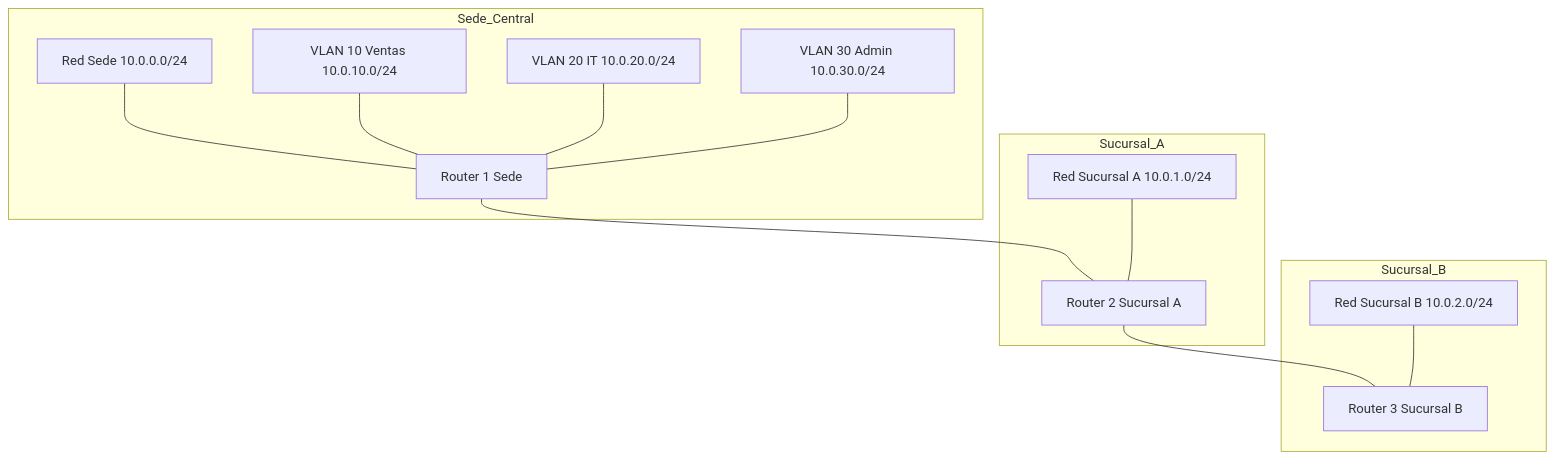
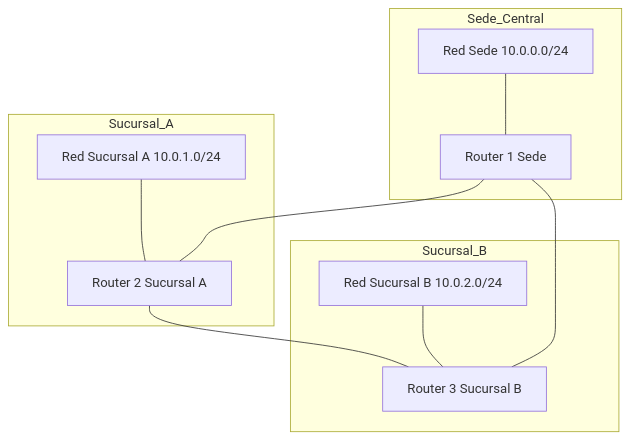
The diagram in docs/labs/lab-06/index.md (asideloko/Networking-Lab), drawn with Mermaid before and after one commit. The commit also changed other lines of this file and 13 other files, not shown here.

````diff
--- a/docs/labs/lab-06/index.md
+++ b/docs/labs/lab-06/index.md
@@ -35,26 +37,21 @@
 ```mermaid
 graph TB
     subgraph Sede_Central
         R1[Router 1 Sede]
         LAN1[Red Sede 10.0.0.0/24]
-        VLAN10[VLAN 10 Ventas 10.0.10.0/24]
-        VLAN20[VLAN 20 IT 10.0.20.0/24]
-        VLAN30[VLAN 30 Admin 10.0.30.0/24]
     end
     subgraph Sucursal_A
         R2[Router 2 Sucursal A]
         LAN2[Red Sucursal A 10.0.1.0/24]
     end
     subgraph Sucursal_B
         R3[Router 3 Sucursal B]
         LAN3[Red Sucursal B 10.0.2.0/24]
     end
     R1 --- R2
     R2 --- R3
     LAN1 --- R1
-    VLAN10 --- R1
-    VLAN20 --- R1
-    VLAN30 --- R1
+    R1 --- R3
     LAN2 --- R2
     LAN3 --- R3
 ```
````
